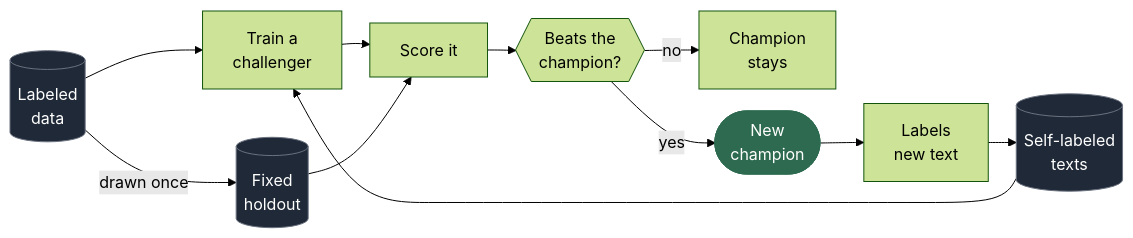
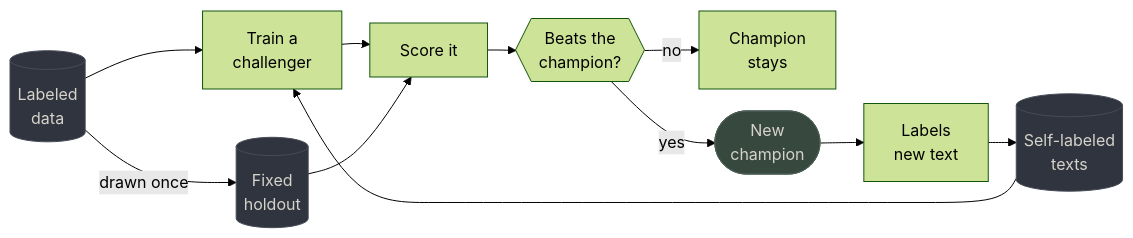
The first of 6 diagrams in README.md (LCapy/embedding-rhizome-classifier), drawn with Mermaid (forest theme) before and after one commit. The commit also changed other lines of this file and 10 other files, not shown here.

````diff
--- a/README.md
+++ b/README.md
@@ -308,19 +318,19 @@
 ```mermaid
 %%{init: {"flowchart": {"nodeSpacing": 22, "rankSpacing": 28}}}%%
 flowchart LR
     Data[("Labeled<br/>data")] --> Train["Train a<br/>challenger"]
     Data -->|"drawn once"| Holdout[("Fixed<br/>holdout")]
     Train --> Score["Score it"]
     Holdout --> Score
     Score --> Gate{{"Beats the<br/>champion?"}}
     Gate -->|"no"| Keep["Champion<br/>stays"]
     Gate -->|"yes"| Champion(["New<br/>champion"])
     Champion --> New["Labels<br/>new text"]
     New --> Self[("Self-labeled<br/>texts")]
     Self --> Train
 
-    classDef champion fill:#2d6a4f,color:#fff,stroke:#2d6a4f
-    classDef store fill:#1f2937,color:#fff,stroke:#6b7280
+    classDef champion fill:#37483f,color:#d6d3cb,stroke:#4a5d53
+    classDef store fill:#30343e,color:#d6d3cb,stroke:#474c58
     class Champion champion
     class Data,Holdout,Self store
 ```
````
